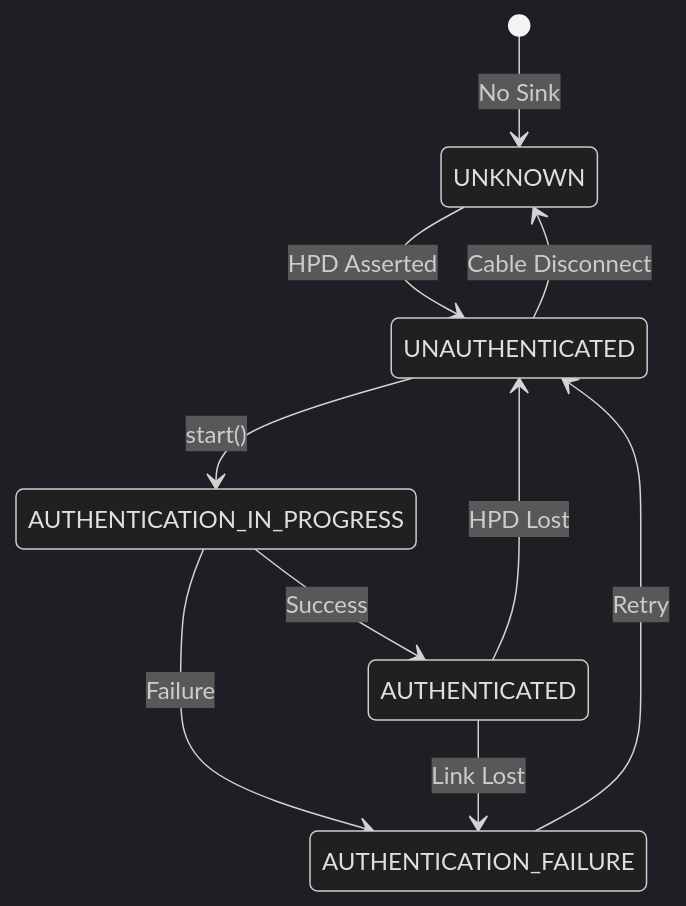
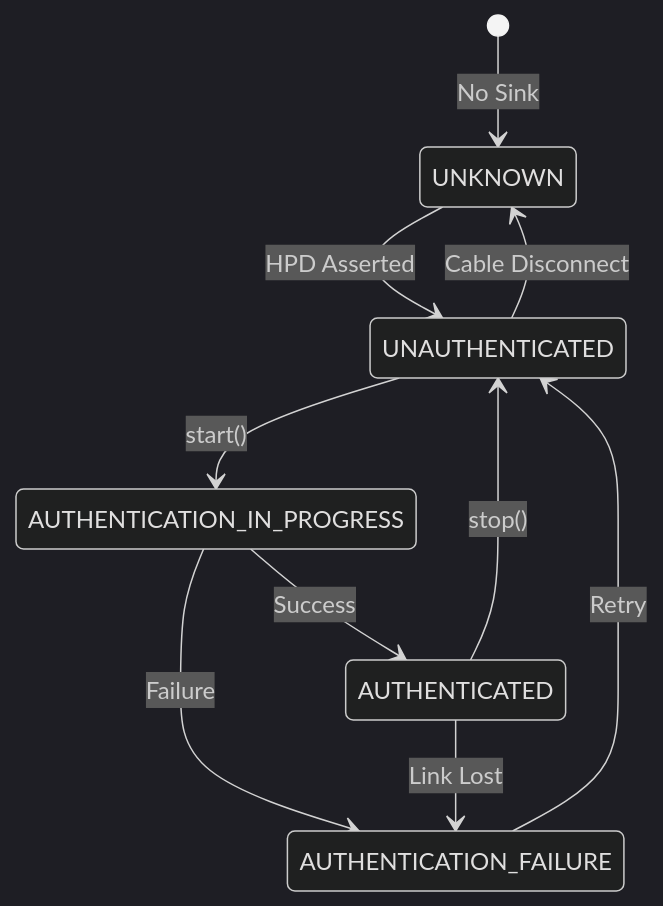
The second of 6 diagrams in hdmioutput/current/docs/hdmi_output.md (rdkcentral/rdk-halif-aidl), drawn with Mermaid (dark theme) before and after one commit.

````diff
--- a/hdmioutput/current/docs/hdmi_output.md
+++ b/hdmioutput/current/docs/hdmi_output.md
@@ -159,12 +159,12 @@
 ```mermaid
 stateDiagram-v2
     [*] --> UNKNOWN: No Sink
     UNKNOWN --> UNAUTHENTICATED: HPD Asserted
     UNAUTHENTICATED --> AUTHENTICATION_IN_PROGRESS: start()
     AUTHENTICATION_IN_PROGRESS --> AUTHENTICATED: Success
     AUTHENTICATION_IN_PROGRESS --> AUTHENTICATION_FAILURE: Failure
     AUTHENTICATION_FAILURE --> UNAUTHENTICATED: Retry
     AUTHENTICATED --> AUTHENTICATION_FAILURE: Link Lost
-    AUTHENTICATED --> UNAUTHENTICATED: HPD Lost
+    AUTHENTICATED --> UNAUTHENTICATED: stop()
     UNAUTHENTICATED --> UNKNOWN: Cable Disconnect
 ```
````
